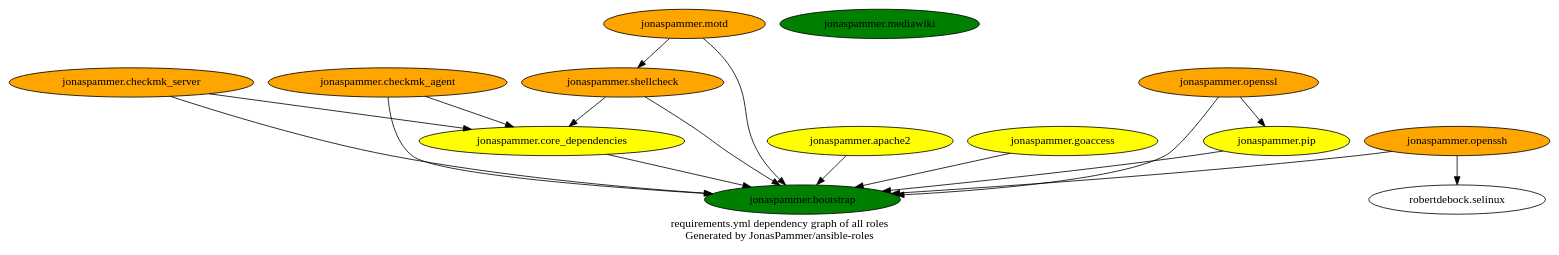
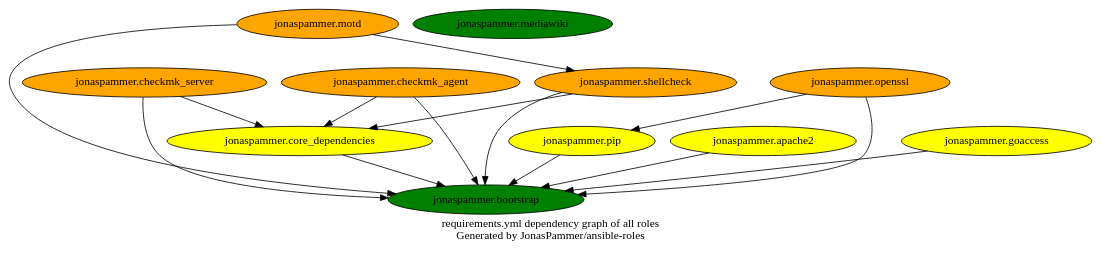
One commit to JonasPammer/ansible-roles changed the diagram in graphs/dependencies_ALL.dot. Above: the diagram before and after it, drawn with Graphviz. The commit also changed 3 other files, not shown here.

```diff
--- a/graphs/dependencies_ALL.dot
+++ b/graphs/dependencies_ALL.dot
@@ -1,30 +1,28 @@
 digraph hierarchy {
   label = "requirements.yml dependency graph of all roles \n Generated by JonasPammer/ansible-roles" ;
 
   {
     "jonaspammer.bootstrap" [fillcolor=green style=filled]
     "jonaspammer.core_dependencies" [fillcolor=yellow style=filled]
     "jonaspammer.pip" [fillcolor=yellow style=filled]
     "jonaspammer.shellcheck" [fillcolor=orange style=filled]
     "jonaspammer.checkmk_server" [fillcolor=orange style=filled]
     "jonaspammer.checkmk_agent" [fillcolor=orange style=filled]
-    "jonaspammer.openssh" [fillcolor=orange style=filled]
     "jonaspammer.motd" [fillcolor=orange style=filled]
     "jonaspammer.apache2" [fillcolor=yellow style=filled]
     "jonaspammer.openssl" [fillcolor=orange style=filled]
     "jonaspammer.goaccess" [fillcolor=yellow style=filled]
     "jonaspammer.mediawiki" [fillcolor=green style=filled]
   }
 
 
   "jonaspammer.core_dependencies" -> {"jonaspammer.bootstrap"}
   "jonaspammer.pip" -> {"jonaspammer.bootstrap"}
   "jonaspammer.shellcheck" -> {"jonaspammer.bootstrap" "jonaspammer.core_dependencies"}
   "jonaspammer.checkmk_server" -> {"jonaspammer.bootstrap" "jonaspammer.core_dependencies"}
   "jonaspammer.checkmk_agent" -> {"jonaspammer.bootstrap" "jonaspammer.core_dependencies"}
-  "jonaspammer.openssh" -> {"jonaspammer.bootstrap" "robertdebock.selinux"}
   "jonaspammer.motd" -> {"jonaspammer.bootstrap" "jonaspammer.shellcheck"}
   "jonaspammer.apache2" -> {"jonaspammer.bootstrap"}
   "jonaspammer.openssl" -> {"jonaspammer.pip" "jonaspammer.bootstrap"}
   "jonaspammer.goaccess" -> {"jonaspammer.bootstrap"}
 }
```
